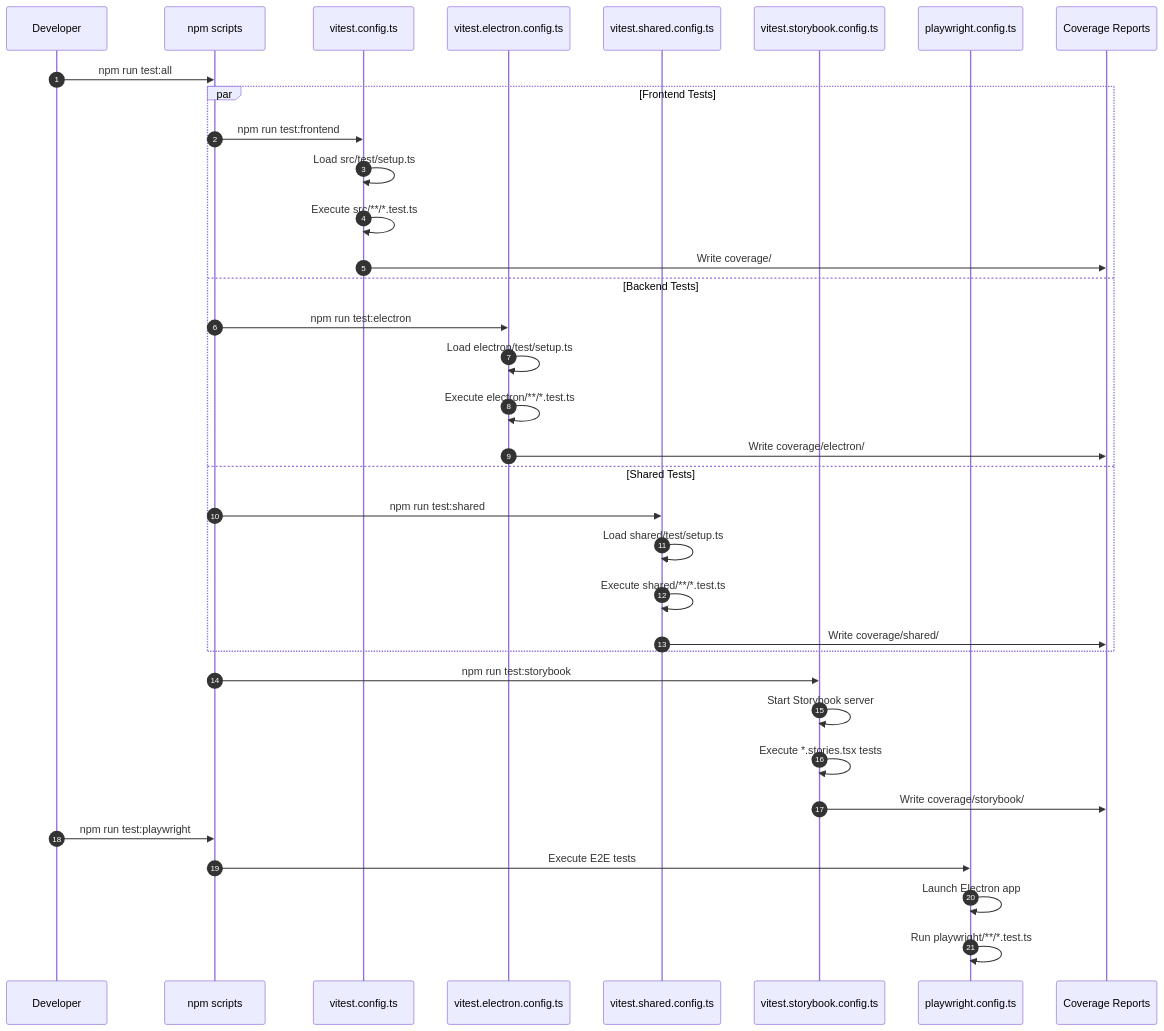
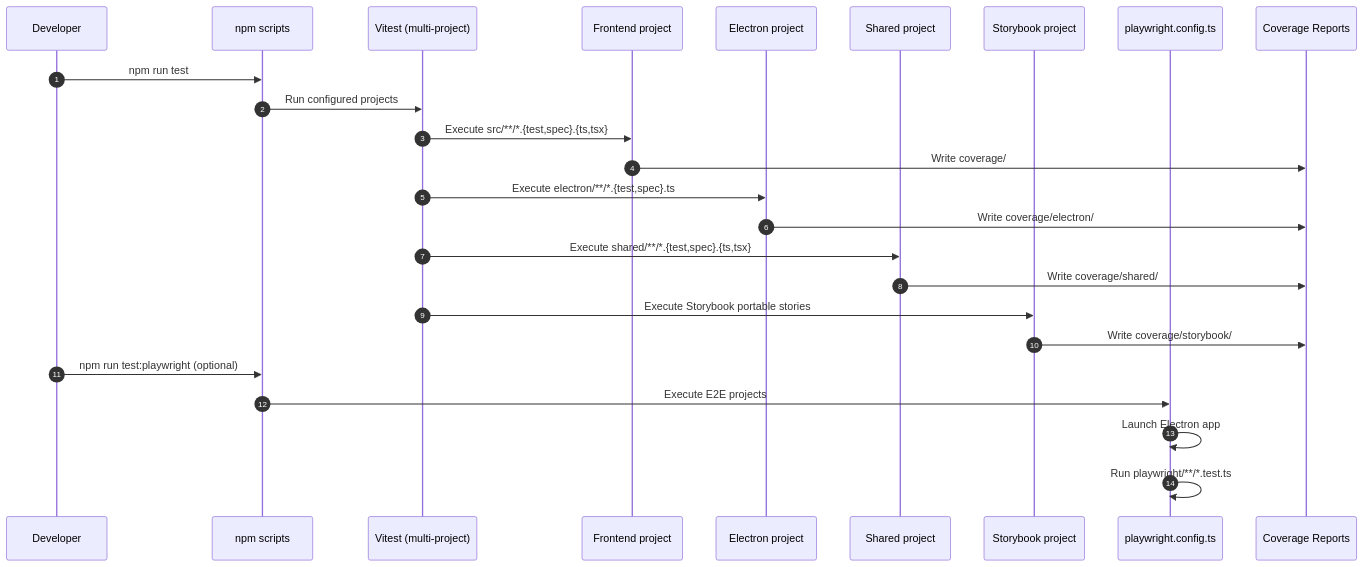
One commit to Nick2bad4u/Uptime-Watcher changed the second of 4 diagrams in docs/Architecture/ADRs/ADR_010_TESTING_STRATEGY.md. Above: the diagram before and after it, drawn with Mermaid. The commit also changed other lines of this file and 32 other files, not shown here.

````diff
--- a/docs/Architecture/ADRs/ADR_010_TESTING_STRATEGY.md
+++ b/docs/Architecture/ADRs/ADR_010_TESTING_STRATEGY.md
@@ -228,41 +248,33 @@
 ```mermaid
 sequenceDiagram
     autonumber
     participant Dev as Developer
     participant NPM as npm scripts
-    participant Frontend as vitest.config.ts
-    participant Backend as vitest.electron.config.ts
-    participant Shared as vitest.shared.config.ts
-    participant Storybook as vitest.storybook.config.ts
+    participant Vitest as Vitest (multi-project)
+    participant Frontend as Frontend project
+    participant Backend as Electron project
+    participant Shared as Shared project
+    participant Storybook as Storybook project
     participant Playwright as playwright.config.ts
     participant Coverage as Coverage Reports
 
-    Dev->>NPM: npm run test:all
+    Dev->>NPM: npm run test
+    NPM->>Vitest: Run configured projects
 
-    par Frontend Tests
-        NPM->>Frontend: npm run test:frontend
-        Frontend->>Frontend: Load src/test/setup.ts
-        Frontend->>Frontend: Execute src/**/*.test.ts
-        Frontend->>Coverage: Write coverage/
-    and Backend Tests
-        NPM->>Backend: npm run test:electron
-        Backend->>Backend: Load electron/test/setup.ts
-        Backend->>Backend: Execute electron/**/*.test.ts
-        Backend->>Coverage: Write coverage/electron/
-    and Shared Tests
-        NPM->>Shared: npm run test:shared
-        Shared->>Shared: Load shared/test/setup.ts
-        Shared->>Shared: Execute shared/**/*.test.ts
-        Shared->>Coverage: Write coverage/shared/
-    end
+    Vitest->>Frontend: Execute src/**/*.{test,spec}.{ts,tsx}
+    Frontend->>Coverage: Write coverage/
 
-    NPM->>Storybook: npm run test:storybook
-    Storybook->>Storybook: Start Storybook server
-    Storybook->>Storybook: Execute *.stories.tsx tests
+    Vitest->>Backend: Execute electron/**/*.{test,spec}.ts
+    Backend->>Coverage: Write coverage/electron/
+
+    Vitest->>Shared: Execute shared/**/*.{test,spec}.{ts,tsx}
+    Shared->>Coverage: Write coverage/shared/
+
+    Vitest->>Storybook: Execute Storybook portable stories
     Storybook->>Coverage: Write coverage/storybook/
 
-    Dev->>NPM: npm run test:playwright
-    NPM->>Playwright: Execute E2E tests
+    Dev->>NPM: npm run test:playwright (optional)
+    NPM->>Playwright: Execute E2E projects
     Playwright->>Playwright: Launch Electron app
     Playwright->>Playwright: Run playwright/**/*.test.ts
 ```
````
